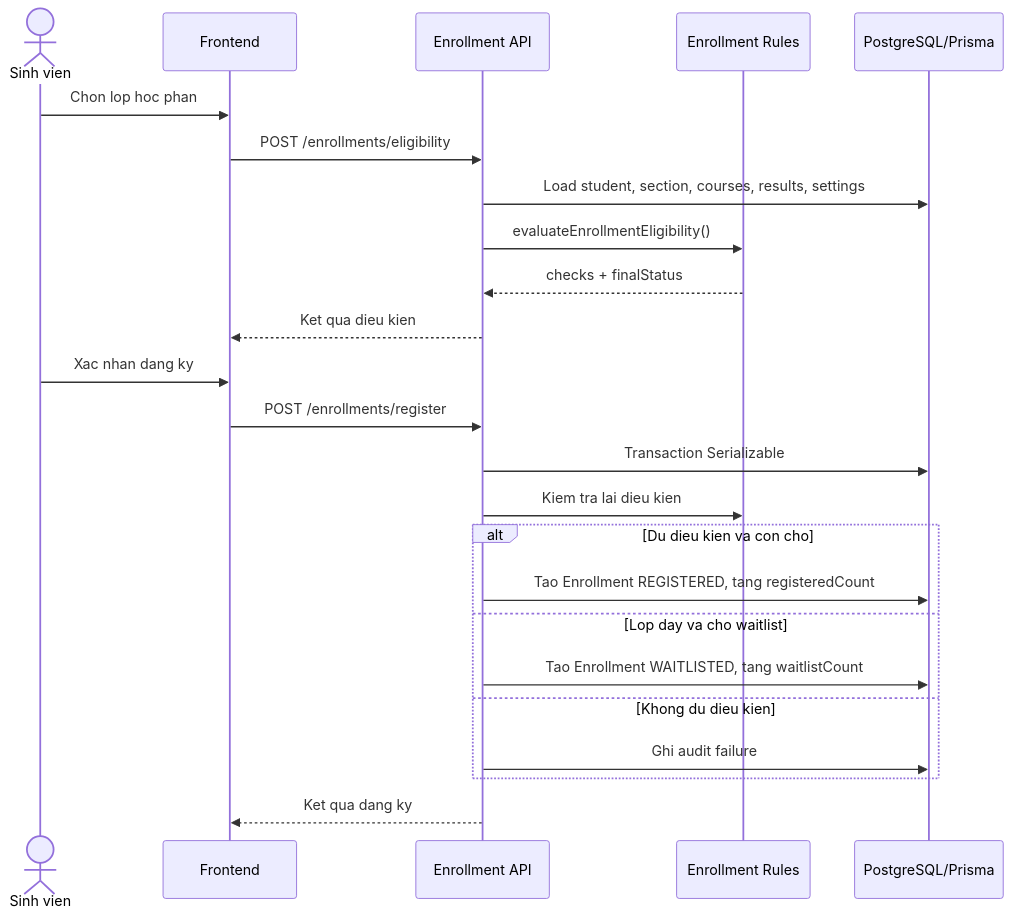
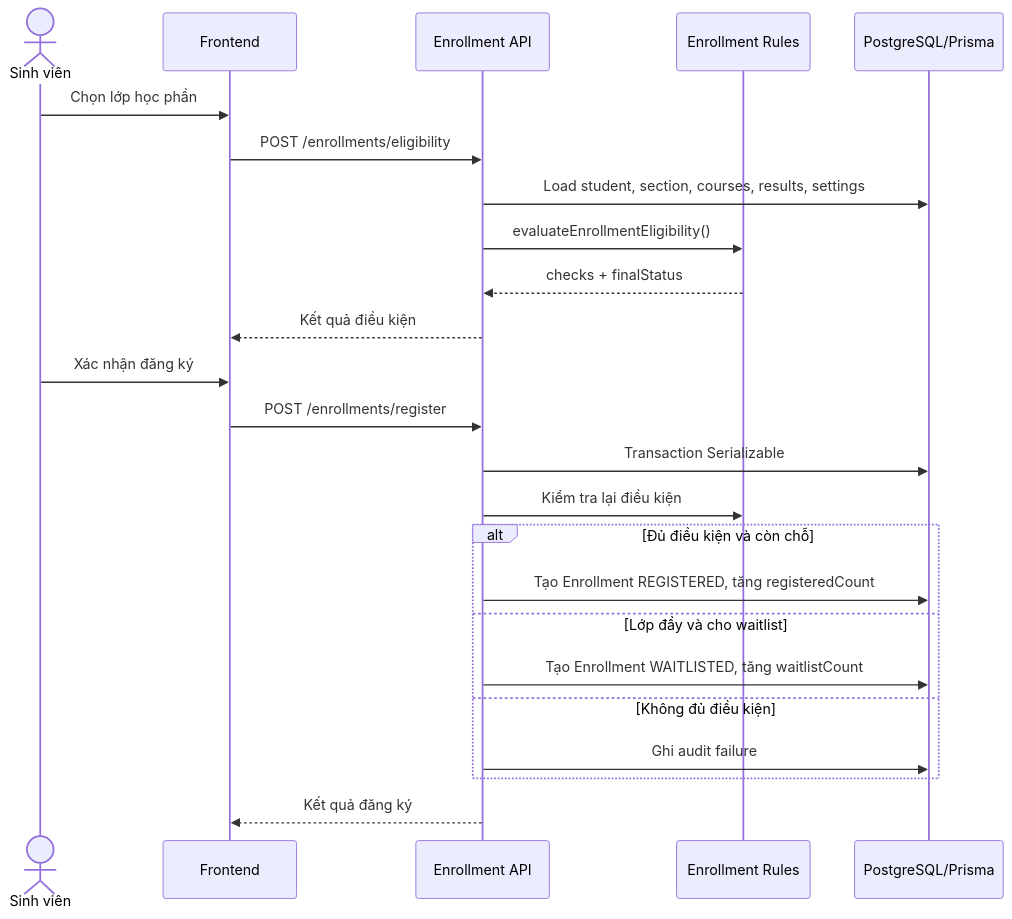
Before and after one commit to athanhneee/CNPM_NHOM25: the third of 4 diagrams in docs/analysis-design.md, drawn with Mermaid. The commit also changed other lines of this file and 86 other files, not shown here.

````diff
--- a/docs/analysis-design.md
+++ b/docs/analysis-design.md
@@ -116,27 +117,27 @@
 ```mermaid
 sequenceDiagram
-  actor S as Sinh vien
+  actor S as Sinh viên
   participant FE as Frontend
   participant API as Enrollment API
   participant Rules as Enrollment Rules
   participant DB as PostgreSQL/Prisma
 
-  S->>FE: Chon lop hoc phan
+  S->>FE: Chọn lớp học phần
   FE->>API: POST /enrollments/eligibility
   API->>DB: Load student, section, courses, results, settings
   API->>Rules: evaluateEnrollmentEligibility()
   Rules-->>API: checks + finalStatus
-  API-->>FE: Ket qua dieu kien
-  S->>FE: Xac nhan dang ky
+  API-->>FE: Kết quả điều kiện
+  S->>FE: Xác nhận đăng ký
   FE->>API: POST /enrollments/register
   API->>DB: Transaction Serializable
-  API->>Rules: Kiem tra lai dieu kien
-  alt Du dieu kien va con cho
-    API->>DB: Tao Enrollment REGISTERED, tang registeredCount
-  else Lop day va cho waitlist
-    API->>DB: Tao Enrollment WAITLISTED, tang waitlistCount
-  else Khong du dieu kien
+  API->>Rules: Kiểm tra lại điều kiện
+  alt Đủ điều kiện và còn chỗ
+    API->>DB: Tạo Enrollment REGISTERED, tăng registeredCount
+  else Lớp đầy và cho waitlist
+    API->>DB: Tạo Enrollment WAITLISTED, tăng waitlistCount
+  else Không đủ điều kiện
     API->>DB: Ghi audit failure
   end
-  API-->>FE: Ket qua dang ky
+  API-->>FE: Kết quả đăng ký
 ```
````
